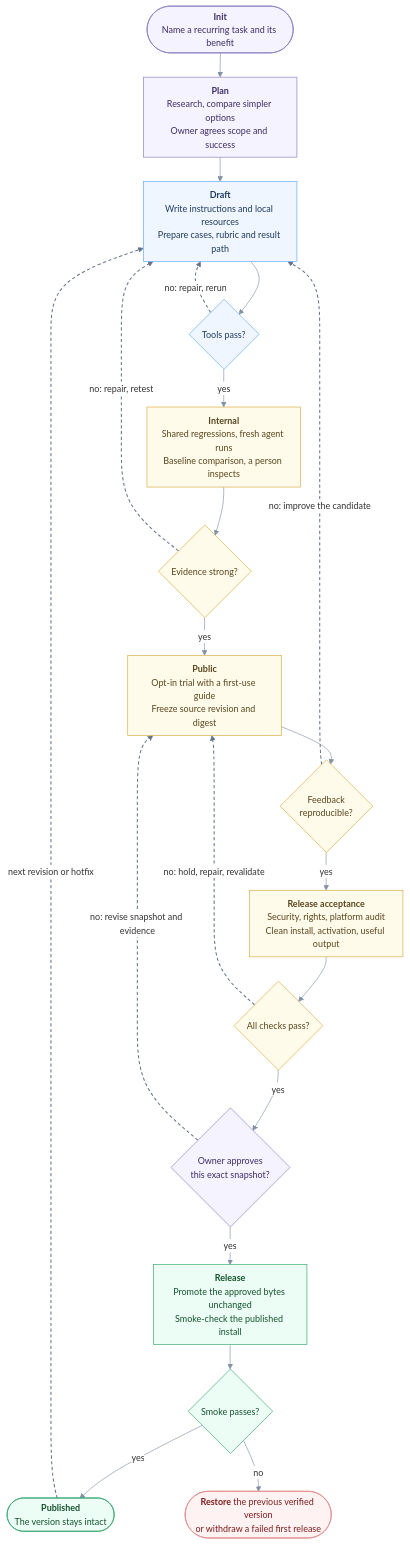
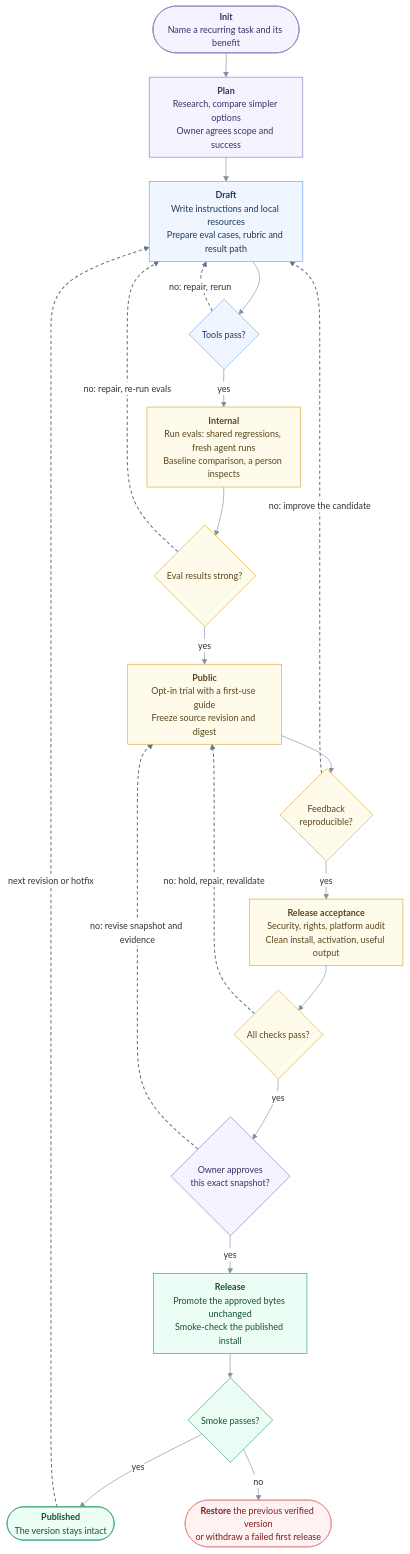
The diagram in knowledge/skill-lifecycle/README.md (ClydeShen/skills), drawn with Mermaid before and after one commit.

Commit message:
docs(lifecycle): name the evals in the lifecycle diagram
Claude-Session: https://claude.ai/code/session_01SA5kRZNw6HYr8hEBAyUCQE

````diff
--- a/knowledge/skill-lifecycle/README.md
+++ b/knowledge/skill-lifecycle/README.md
@@ -19,47 +19,47 @@
 ```mermaid
 %%{init: {"theme": "base", "fontFamily": "Arial, sans-serif", "flowchart": {"curve": "basis", "nodeSpacing": 40, "rankSpacing": 38, "htmlLabels": true, "padding": 10}, "themeVariables": {"fontSize": "14px", "lineColor": "#8292A5", "edgeLabelBackground": "#FFFFFF"}}}%%
 flowchart TB
     init(["<b>Init</b><br/>Name a recurring task and its benefit"])
     plan["<b>Plan</b><br/>Research, compare simpler options<br/>Owner agrees scope and success"]
-    draft["<b>Draft</b><br/>Write instructions and local resources<br/>Prepare cases, rubric and result path"]
+    draft["<b>Draft</b><br/>Write instructions and local resources<br/>Prepare eval cases, rubric and result path"]
     d1{"Tools pass?"}
-    internal["<b>Internal</b><br/>Shared regressions, fresh agent runs<br/>Baseline comparison, a person inspects"]
-    d2{"Evidence strong?"}
+    internal["<b>Internal</b><br/>Run evals: shared regressions, fresh agent runs<br/>Baseline comparison, a person inspects"]
+    d2{"Eval results strong?"}
     public["<b>Public</b><br/>Opt-in trial with a first-use guide<br/>Freeze source revision and digest"]
     d3{"Feedback<br/>reproducible?"}
     accept["<b>Release acceptance</b><br/>Security, rights, platform audit<br/>Clean install, activation, useful output"]
     d4{"All checks pass?"}
     d5{"Owner approves<br/>this exact snapshot?"}
     release["<b>Release</b><br/>Promote the approved bytes unchanged<br/>Smoke-check the published install"]
     d6{"Smoke passes?"}
     live(["<b>Published</b><br/>The version stays intact"])
     undo(["<b>Restore</b> the previous verified version<br/>or withdraw a failed first release"])
 
     init --> plan --> draft --> d1
     d1 -- yes --> internal --> d2
     d2 -- yes --> public --> d3
     d3 -- yes --> accept --> d4
     d4 -- yes --> d5
     d5 -- yes --> release --> d6
     d6 -- yes --> live
     d6 -- no --> undo
 
     d1 -. "no: repair, rerun" .-> draft
-    d2 -. "no: repair, retest" .-> draft
+    d2 -. "no: repair, re-run evals" .-> draft
     d3 -. "no: improve the candidate" .-> draft
     d4 -. "no: hold, repair, revalidate" .-> public
     d5 -. "no: revise snapshot and evidence" .-> public
     live -. "next revision or hotfix" .-> draft
 
     classDef person fill:#F5F3FF,stroke:#8B7BC0,color:#3F2D66
     classDef tool fill:#EFF6FF,stroke:#60A5FA,color:#1E3A5F
     classDef evidence fill:#FFFBEB,stroke:#D6A93C,color:#59451D
     classDef stable fill:#ECFDF5,stroke:#34A56F,color:#14532D
     classDef fail fill:#FEF2F2,stroke:#E08A8A,color:#7F1D1D
     class init,plan,d5 person
     class draft,d1 tool
     class internal,public,accept,d2,d3,d4 evidence
     class release,d6,live stable
     class undo fail
     linkStyle 14,15,16,17,18,19 stroke:#64748B,stroke-width:1.6px,stroke-dasharray:5 4
 ```
````
